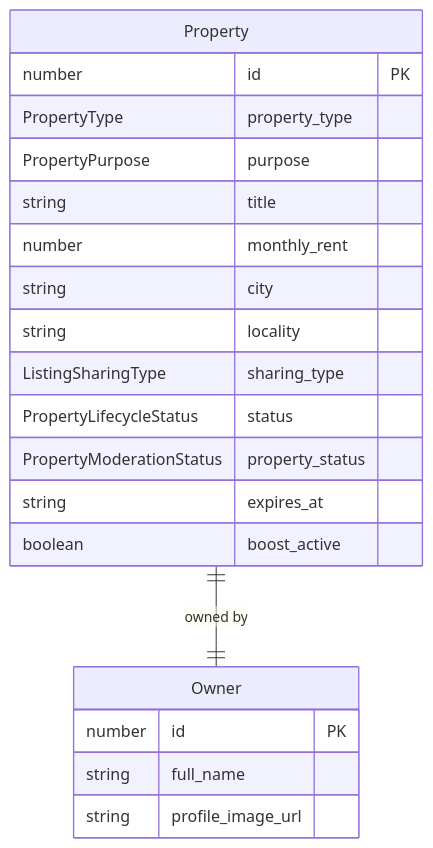
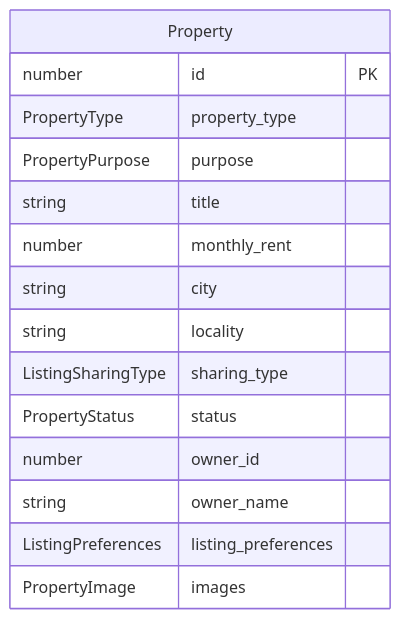
The diagram in .wiki/primitives/listing-property.md (360ghar/360-flatmates-web), drawn with Mermaid before and after one commit. The commit also changed other lines of this file and 211 other files, not shown here.

````diff
--- a/.wiki/primitives/listing-property.md
+++ b/.wiki/primitives/listing-property.md
@@ -33,23 +33,18 @@
 ```mermaid
 erDiagram
-    Property ||--|| Owner : "owned by"
     Property {
         number id PK
         PropertyType property_type
         PropertyPurpose purpose
         string title
         number monthly_rent
         string city
         string locality
         ListingSharingType sharing_type
-        PropertyLifecycleStatus status
-        PropertyModerationStatus property_status
-        string expires_at
-        boolean boost_active
-    }
-    Owner {
-        number id PK
-        string full_name
-        string profile_image_url
+        PropertyStatus status
+        number owner_id
+        string owner_name
+        ListingPreferences listing_preferences
+        PropertyImage images
     }
 ```
````
